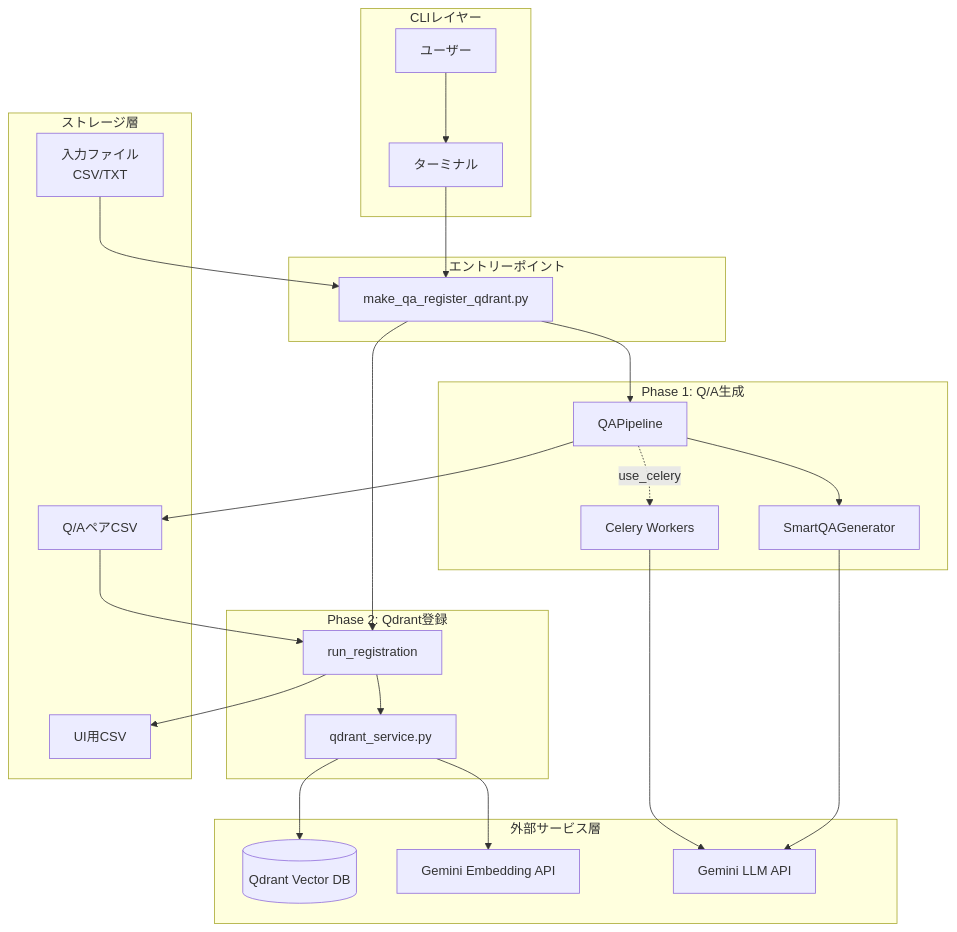
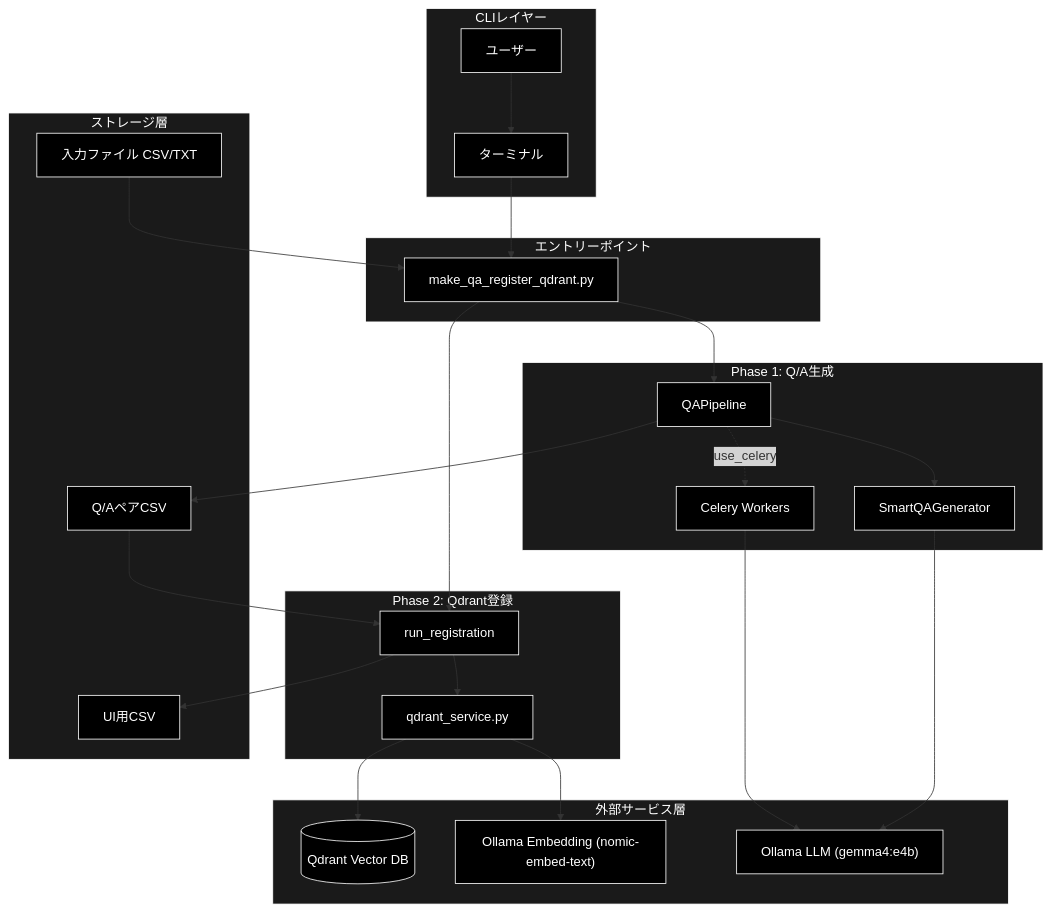
One commit to nakashima2toshio/ollama_grace_agent_v2 changed the first of 4 diagrams in qa_qdrant/doc/make_qa_register_qdrant.md. Above: the diagram before and after it, drawn with Mermaid. The commit also changed other lines of this file and 12 other files, not shown here.

First line of the commit message:
qa_qdrant: Ollama ネイティブ化（*.py・doc/*.md の旧プロバイダー記述を統一）

````diff
--- a/qa_qdrant/doc/make_qa_register_qdrant.md
+++ b/qa_qdrant/doc/make_qa_register_qdrant.md
@@ -55,52 +56,61 @@
 ```mermaid
 flowchart TB
     subgraph CLI["CLIレイヤー"]
         USER[ユーザー]
         TERMINAL[ターミナル]
     end
 
     subgraph ENTRY["エントリーポイント"]
         MAIN[make_qa_register_qdrant.py]
     end
 
     subgraph PHASE1["Phase 1: Q/A生成"]
         PIPELINE[QAPipeline]
         SMART_GEN[SmartQAGenerator]
         CELERY[Celery Workers]
     end
 
     subgraph PHASE2["Phase 2: Qdrant登録"]
         REG_FUNC[run_registration]
         QDRANT_SVC[qdrant_service.py]
     end
 
     subgraph EXTERNAL["外部サービス層"]
-        GEMINI_LLM[Gemini LLM API]
-        GEMINI_EMB[Gemini Embedding API]
+        GEMINI_LLM["Ollama LLM (gemma4:e4b)"]
+        GEMINI_EMB["Ollama Embedding (nomic-embed-text)"]
         QDRANT[(Qdrant Vector DB)]
     end
 
     subgraph STORAGE["ストレージ層"]
-        INPUT[入力ファイル<br>CSV/TXT]
-        QA_CSV[Q/AペアCSV]
-        UI_CSV[UI用CSV]
+        INPUT["入力ファイル CSV/TXT"]
+        QA_CSV["Q/AペアCSV"]
+        UI_CSV["UI用CSV"]
     end
 
     USER --> TERMINAL
     TERMINAL --> MAIN
     MAIN --> PIPELINE
     PIPELINE --> SMART_GEN
     PIPELINE -.->|use_celery| CELERY
     CELERY --> GEMINI_LLM
     SMART_GEN --> GEMINI_LLM
     PIPELINE --> QA_CSV
 
     MAIN --> REG_FUNC
     REG_FUNC --> QDRANT_SVC
     QDRANT_SVC --> GEMINI_EMB
     QDRANT_SVC --> QDRANT
     REG_FUNC --> UI_CSV
 
     INPUT --> MAIN
     QA_CSV --> REG_FUNC
+classDef default fill:#000,stroke:#fff,color:#fff
+classDef subgraphStyle fill:#1a1a1a,stroke:#fff,color:#fff
+class USER,TERMINAL,MAIN,PIPELINE,SMART_GEN,CELERY,REG_FUNC,QDRANT_SVC,GEMINI_LLM,GEMINI_EMB,QDRANT,INPUT,QA_CSV,UI_CSV default
+style CLI fill:#1a1a1a,stroke:#fff,color:#fff
+style ENTRY fill:#1a1a1a,stroke:#fff,color:#fff
+style PHASE1 fill:#1a1a1a,stroke:#fff,color:#fff
+style PHASE2 fill:#1a1a1a,stroke:#fff,color:#fff
+style EXTERNAL fill:#1a1a1a,stroke:#fff,color:#fff
+style STORAGE fill:#1a1a1a,stroke:#fff,color:#fff
 ```
````
